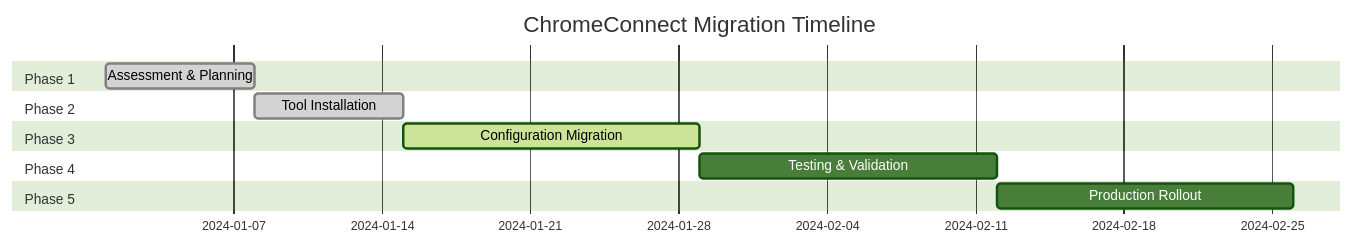
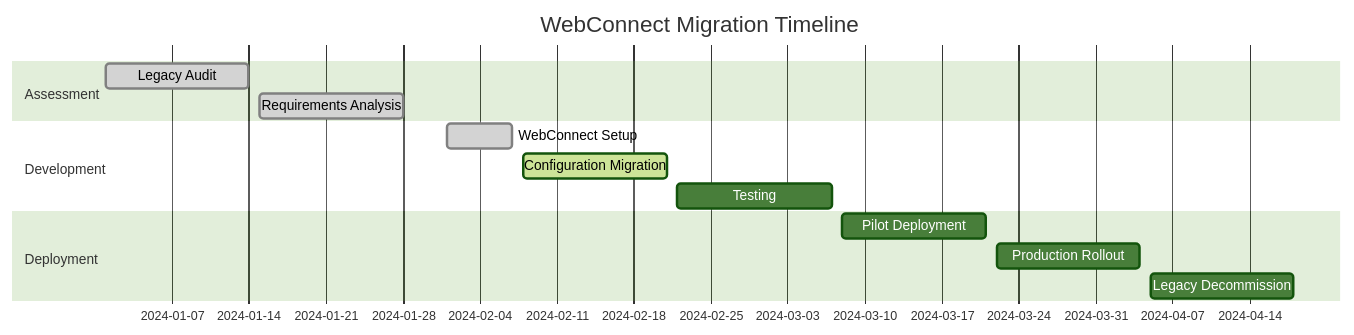
Before and after one commit to MaskoFortwana/CyberArk-WebConnect: the diagram in docs/webconnect-comparison.md, drawn with Mermaid (forest theme). The commit also changed other lines of this file and 582 other files, not shown here.

First line of the commit message:
Complete WebConnect renaming: Repository cleanup and structure finalization

````diff
--- a/docs/webconnect-comparison.md
+++ b/docs/webconnect-comparison.md
@@ -691,15 +666,16 @@
 ```mermaid
 gantt
-    title ChromeConnect Migration Timeline
+    title WebConnect Migration Timeline
     dateFormat  YYYY-MM-DD
-    section Phase 1
-    Assessment & Planning    :done, phase1, 2024-01-01, 1w
-    section Phase 2
-    Tool Installation       :done, phase2, after phase1, 1w
-    section Phase 3
-    Configuration Migration :active, phase3, after phase2, 2w
-    section Phase 4
-    Testing & Validation   :phase4, after phase3, 2w
-    section Phase 5
-    Production Rollout     :phase5, after phase4, 2w
+    section Assessment
+    Legacy Audit           :done, audit, 2024-01-01, 2024-01-14
+    Requirements Analysis  :done, req, 2024-01-15, 2024-01-28
+    section Development  
+    WebConnect Setup       :done, setup, 2024-02-01, 2024-02-07
+    Configuration Migration:active, config, 2024-02-08, 2024-02-21
+    Testing               :testing, 2024-02-22, 2024-03-07
+    section Deployment
+    Pilot Deployment      :pilot, 2024-03-08, 2024-03-21
+    Production Rollout    :prod, 2024-03-22, 2024-04-04
+    Legacy Decommission   :decomm, 2024-04-05, 2024-04-18
 ```
````
